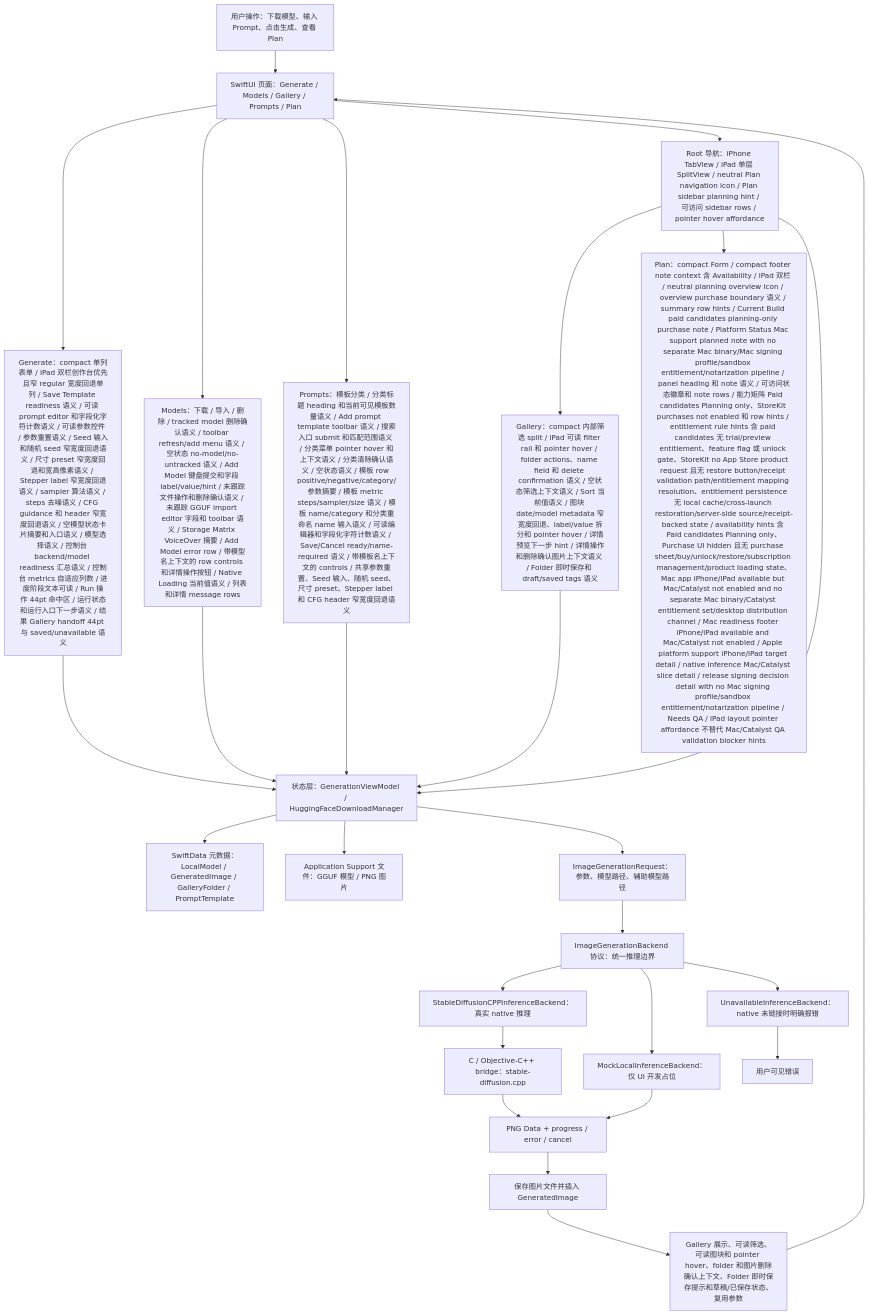
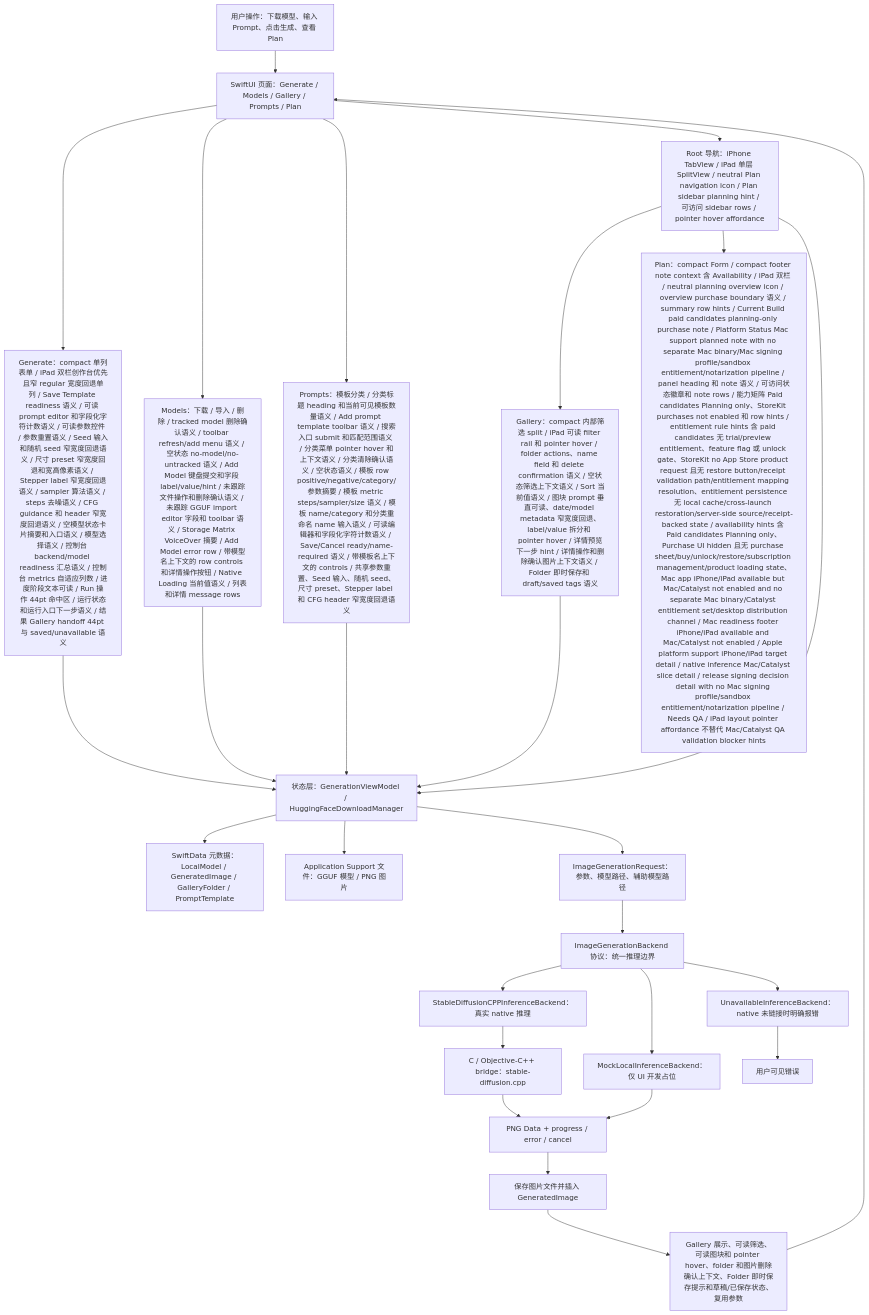
One commit to Altman-sam114/118 changed the first of 7 diagrams in md/flow/flowchart.md. Above: the diagram before and after it, drawn with Mermaid. The commit also changed 5 other files, not shown here.

First line of the commit message:
v1.130: Gallery tile prompt readability

````diff
--- a/md/flow/flowchart.md
+++ b/md/flow/flowchart.md
@@ -9,29 +9,29 @@
 ```mermaid
 flowchart TD
   U["用户操作：下载模型、输入 Prompt、点击生成、查看 Plan"] --> UI["SwiftUI 页面：Generate / Models / Gallery / Prompts / Plan"]
   UI --> GENUI["Generate：compact 单列表单 / iPad 双栏创作台优先且窄 regular 宽度回退单列 / Save Template readiness 语义 / 可读 prompt editor 和字段化字符计数语义 / 可读参数控件 / 参数重置语义 / Seed 输入和随机 seed 窄宽度回退语义 / 尺寸 preset 窄宽度回退和宽高像素语义 / Stepper label 窄宽度回退语义 / sampler 算法语义 / steps 去噪语义 / CFG guidance 和 header 窄宽度回退语义 / 空模型状态卡片摘要和入口语义 / 模型选择语义 / 控制台 backend/model readiness 汇总语义 / 控制台 metrics 自适应列数 / 进度阶段文本可读 / Run 操作 44pt 命中区 / 运行状态和运行入口下一步语义 / 结果 Gallery handoff 44pt 与 saved/unavailable 语义"]
   UI --> MODELUI["Models：下载 / 导入 / 删除 / tracked model 删除确认语义 / toolbar refresh/add menu 语义 / 空状态 no-model/no-untracked 语义 / Add Model 键盘提交和字段 label/value/hint / 未跟踪文件操作和删除确认语义 / 未跟踪 GGUF import editor 字段和 toolbar 语义 / Storage Matrix VoiceOver 摘要 / Add Model error row / 带模型名上下文的 row controls 和详情操作按钮 / Native Loading 当前值语义 / 列表和详情 message rows"]
   UI --> PROMPTUI["Prompts：模板分类 / 分类标题 heading 和当前可见模板数量语义 / Add prompt template toolbar 语义 / 搜索入口 submit 和匹配范围语义 / 分类菜单 pointer hover 和上下文语义 / 分类清除确认语义 / 空状态语义 / 模板 row positive/negative/category/参数摘要 / 模板 metric steps/sampler/size 语义 / 模板 name/category 和分类重命名 name 输入语义 / 可读编辑器和字段化字符计数语义 / Save/Cancel ready/name-required 语义 / 带模板名上下文的 controls / 共享参数重置、Seed 输入、随机 seed、尺寸 preset、Stepper label 和 CFG header 窄宽度回退语义"]
   UI --> NAV["Root 导航：iPhone TabView / iPad 单层 SplitView / neutral Plan navigation icon / Plan sidebar planning hint / 可访问 sidebar rows / pointer hover affordance"]
-  NAV --> GALUI["Gallery：compact 内部筛选 split / iPad 可读 filter rail 和 pointer hover / folder actions、name field 和 delete confirmation 语义 / 空状态筛选上下文语义 / Sort 当前值语义 / 图块 date/model metadata 窄宽度回退、label/value 拆分和 pointer hover / 详情预览下一步 hint / 详情操作和删除确认图片上下文语义 / Folder 即时保存和 draft/saved tags 语义"]
+  NAV --> GALUI["Gallery：compact 内部筛选 split / iPad 可读 filter rail 和 pointer hover / folder actions、name field 和 delete confirmation 语义 / 空状态筛选上下文语义 / Sort 当前值语义 / 图块 prompt 垂直可读、date/model metadata 窄宽度回退、label/value 拆分和 pointer hover / 详情预览下一步 hint / 详情操作和删除确认图片上下文语义 / Folder 即时保存和 draft/saved tags 语义"]
   NAV --> PLANUI["Plan：compact Form / compact footer note context 含 Availability / iPad 双栏 / neutral planning overview icon / overview purchase boundary 语义 / summary row hints / Current Build paid candidates planning-only purchase note / Platform Status Mac support planned note with no separate Mac binary/Mac signing profile/sandbox entitlement/notarization pipeline / panel heading 和 note 语义 / 可访问状态徽章和 note rows / 能力矩阵 Paid candidates Planning only、StoreKit purchases not enabled 和 row hints / entitlement rule hints 含 paid candidates 无 trial/preview entitlement、feature flag 或 unlock gate、StoreKit no App Store product request 且无 restore button/receipt validation path/entitlement mapping resolution、entitlement persistence 无 local cache/cross-launch restoration/server-side source/receipt-backed state / availability hints 含 Paid candidates Planning only、Purchase UI hidden 且无 purchase sheet/buy/unlock/restore/subscription management/product loading state、Mac app iPhone/iPad available but Mac/Catalyst not enabled and no separate Mac binary/Catalyst entitlement set/desktop distribution channel / Mac readiness footer iPhone/iPad available and Mac/Catalyst not enabled / Apple platform support iPhone/iPad target detail / native inference Mac/Catalyst slice detail / release signing decision detail with no Mac signing profile/sandbox entitlement/notarization pipeline / Needs QA / iPad layout pointer affordance 不替代 Mac/Catalyst QA validation blocker hints"]
   NAV --> VM["状态层：GenerationViewModel / HuggingFaceDownloadManager"]
   GENUI --> VM
   MODELUI --> VM
   PROMPTUI --> VM
   GALUI --> VM
   VM --> SD["SwiftData 元数据：LocalModel / GeneratedImage / GalleryFolder / PromptTemplate"]
   VM --> FS["Application Support 文件：GGUF 模型 / PNG 图片"]
   VM --> REQ["ImageGenerationRequest：参数、模型路径、辅助模型路径"]
   REQ --> IFACE["ImageGenerationBackend 协议：统一推理边界"]
   IFACE --> NATIVE["StableDiffusionCPPInferenceBackend：真实 native 推理"]
   IFACE --> MOCK["MockLocalInferenceBackend：仅 UI 开发占位"]
   IFACE --> OFF["UnavailableInferenceBackend：native 未链接时明确报错"]
   NATIVE --> BRIDGE["C / Objective-C++ bridge：stable-diffusion.cpp"]
   BRIDGE --> PNG["PNG Data + progress / error / cancel"]
   MOCK --> PNG
   OFF --> ERR["用户可见错误"]
   PNG --> SAVE["保存图片文件并插入 GeneratedImage"]
   SAVE --> GALLERY["Gallery 展示、可读筛选、可读图块和 pointer hover、folder 和图片删除确认上下文、Folder 即时保存提示和草稿/已保存状态、复用参数"]
   GALLERY --> UI
 ```
````
